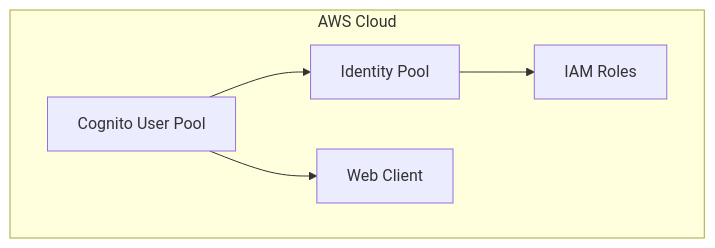
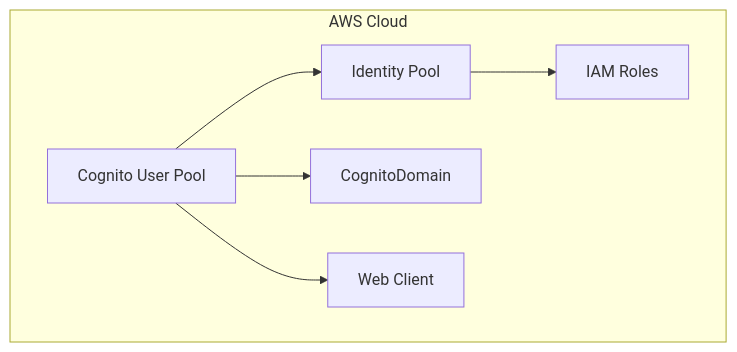
One commit to mteichtahl/nx-plugin-for-aws changed the diagram in packages/nx-plugin/src/cloudscape-website/cognito-auth/README.md. Above: the diagram before and after it, drawn with Mermaid. The commit also changed other lines of this file and 128 other files, not shown here.

````diff
--- a/packages/nx-plugin/src/cloudscape-website/cognito-auth/README.md
+++ b/packages/nx-plugin/src/cloudscape-website/cognito-auth/README.md
@@ -110,8 +125,9 @@
 ```mermaid
 graph TD
     subgraph AWS Cloud
         UP[Cognito User Pool] --> IP[Identity Pool]
+        UP --> CognitoDomain
         UP --> Client[Web Client]
         IP --> IAM[IAM Roles]
     end
 ```
````
